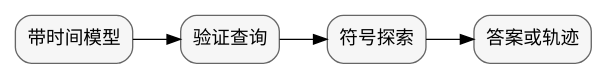
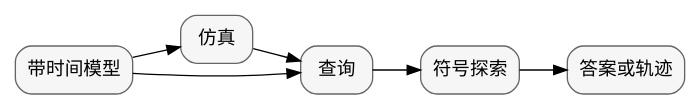
Before and after one commit to HansBug/pyudbm: the second of 2 diagrams in docs/source/foundations/what-is-uppaal/index_zh.rst, drawn with Graphviz. The commit also changed other lines of this file and 9 other files, not shown here.

```diff
--- a/docs/source/foundations/what-is-uppaal/index_zh.rst
+++ b/docs/source/foundations/what-is-uppaal/index_zh.rst
@@ -98,11 +96,15 @@
 .. graphviz::
 
    digraph uppaal_overview_zh {
        rankdir=LR;
        node [shape=box, style="rounded,filled", fillcolor="#f6f6f6", color="#666666"];
        model [label="带时间模型"];
-       query [label="验证查询"];
+       sim [label="仿真"];
+       query [label="查询"];
        engine [label="符号探索"];
        result [label="答案或轨迹"];
-       model -> query -> engine -> result;
+       model -> sim;
+       model -> query;
+       sim -> query;
+       query -> engine -> result;
    }
```
